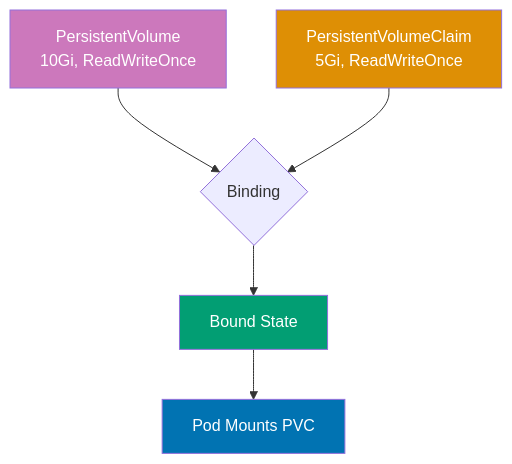
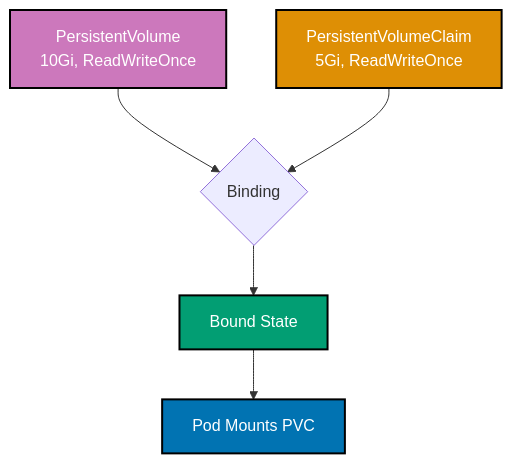
Before and after one commit to wahidyankf/open-sharia-enterprise: the seventh of 12 diagrams in apps/ayokoding-web/content/en/learn/software-engineering/infrastructure/tools/kubernetes/by-example/intermediate.md, drawn with Mermaid. The commit also changed other lines of this file and 25 other files, not shown here.

````diff
--- a/apps/ayokoding-web/content/en/learn/software-engineering/infrastructure/tools/kubernetes/by-example/intermediate.md
+++ b/apps/ayokoding-web/content/en/learn/software-engineering/infrastructure/tools/kubernetes/by-example/intermediate.md
@@ -1572,13 +1578,14 @@
 ```mermaid
+%% Color Palette: Blue #0173B2, Orange #DE8F05, Teal #029E73, Purple #CC78BC, Brown #CA9161
 %% PV and PVC binding
 graph TD
  A[PersistentVolume<br/>10Gi, ReadWriteOnce] --> B{Binding}
  C[PersistentVolumeClaim<br/>5Gi, ReadWriteOnce] --> B
  B --> D[Bound State]
  D --> E[Pod Mounts PVC]
 
- style A fill:#CC78BC,color:#fff
- style C fill:#DE8F05,color:#fff
- style D fill:#029E73,color:#fff
- style E fill:#0173B2,color:#fff
+ style A fill:#CC78BC,stroke:#000000,stroke-width:2px,color:#fff
+ style C fill:#DE8F05,stroke:#000000,stroke-width:2px,color:#fff
+ style D fill:#029E73,stroke:#000000,stroke-width:2px,color:#fff
+ style E fill:#0173B2,stroke:#000000,stroke-width:2px,color:#fff
 ```
````
